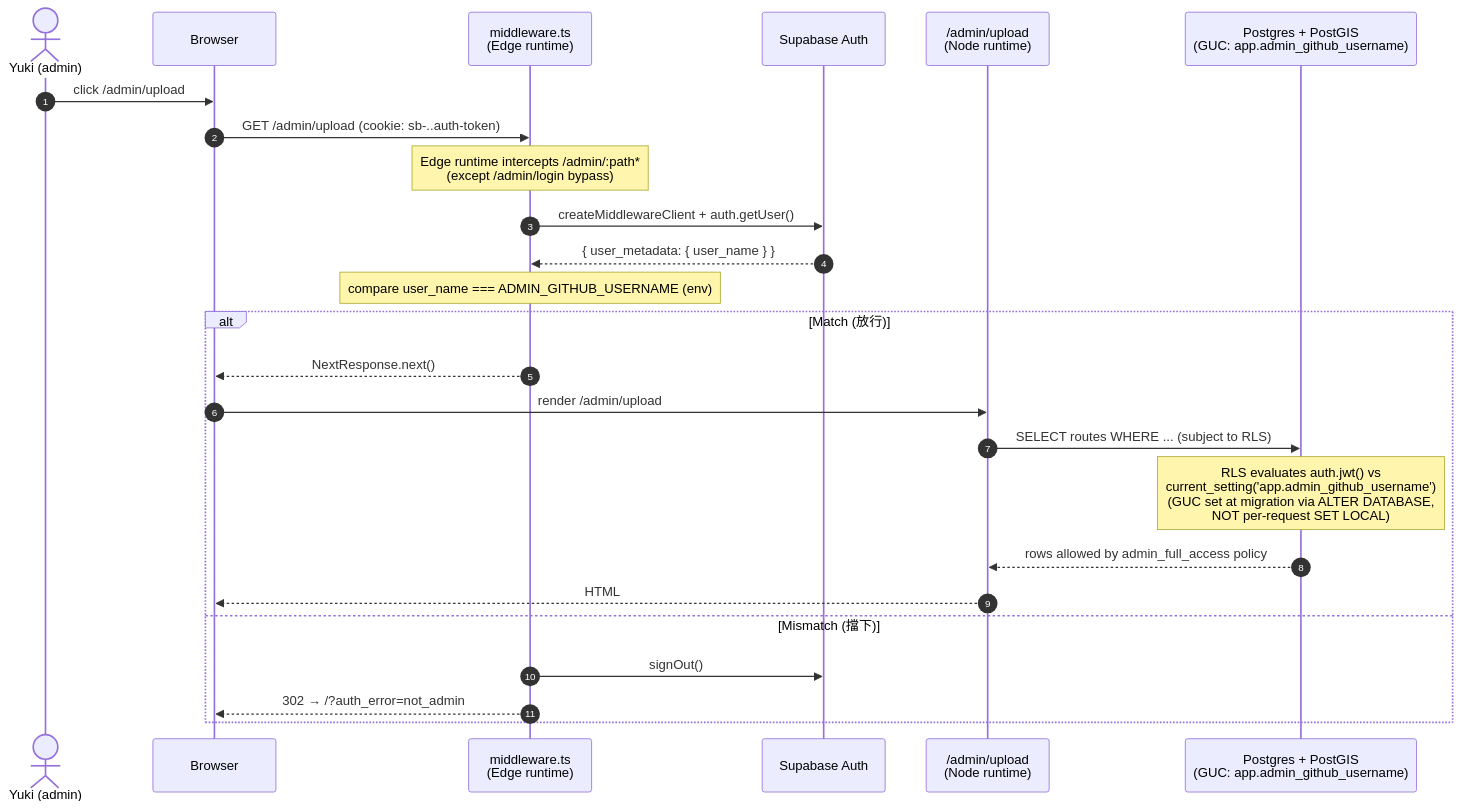
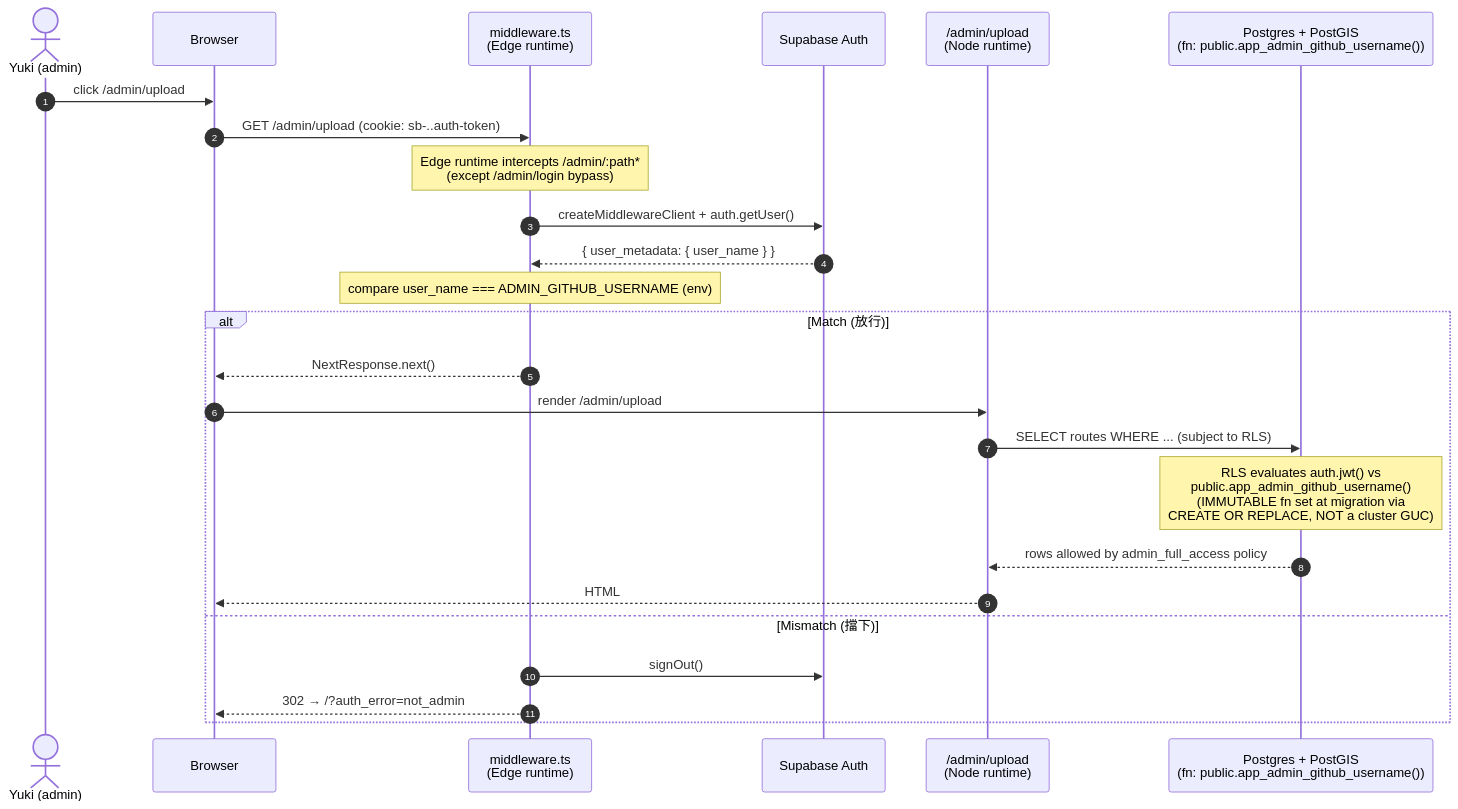
Before and after one commit to BIBIOTA/yuki-running-map: the diagram in docs/architecture.md, drawn with Mermaid. The commit also changed other lines of this file and 10 other files, not shown here.

First line of the commit message:
feat(wave-c): 3.5 RLS policies + storage buckets via admin identity SQL function

````diff
--- a/docs/architecture.md
+++ b/docs/architecture.md
@@ -87,29 +87,29 @@
 ```mermaid
 sequenceDiagram
   autonumber
   actor Yuki as Yuki (admin)
   participant Browser
   participant MW as middleware.ts<br/>(Edge runtime)
   participant Auth as Supabase Auth
   participant Page as /admin/upload<br/>(Node runtime)
-  participant PG as Postgres + PostGIS<br/>(GUC: app.admin_github_username)
+  participant PG as Postgres + PostGIS<br/>(fn: public.app_admin_github_username())
 
   Yuki->>Browser: click /admin/upload
   Browser->>MW: GET /admin/upload (cookie: sb-..auth-token)
   Note over MW: Edge runtime intercepts /admin/:path*<br/>(except /admin/login bypass)
   MW->>Auth: createMiddlewareClient + auth.getUser()
   Auth-->>MW: { user_metadata: { user_name } }
   Note over MW: compare user_name === ADMIN_GITHUB_USERNAME (env)
 
   alt Match (放行)
     MW-->>Browser: NextResponse.next()
     Browser->>Page: render /admin/upload
     Page->>PG: SELECT routes WHERE ... (subject to RLS)
-    Note over PG: RLS evaluates auth.jwt() vs<br/>current_setting('app.admin_github_username')<br/>(GUC set at migration via ALTER DATABASE,<br/>NOT per-request SET LOCAL)
+    Note over PG: RLS evaluates auth.jwt() vs<br/>public.app_admin_github_username()<br/>(IMMUTABLE fn set at migration via<br/>CREATE OR REPLACE, NOT a cluster GUC)
     PG-->>Page: rows allowed by admin_full_access policy
     Page-->>Browser: HTML
   else Mismatch (擋下)
     MW->>Auth: signOut()
     MW-->>Browser: 302 → /?auth_error=not_admin
   end
 ```
````
